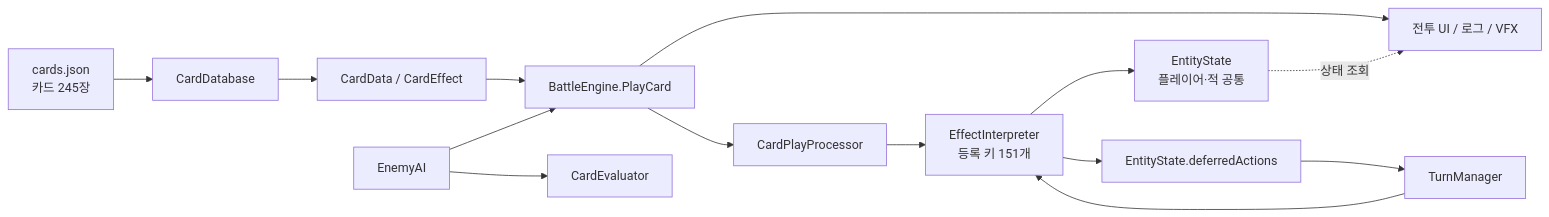
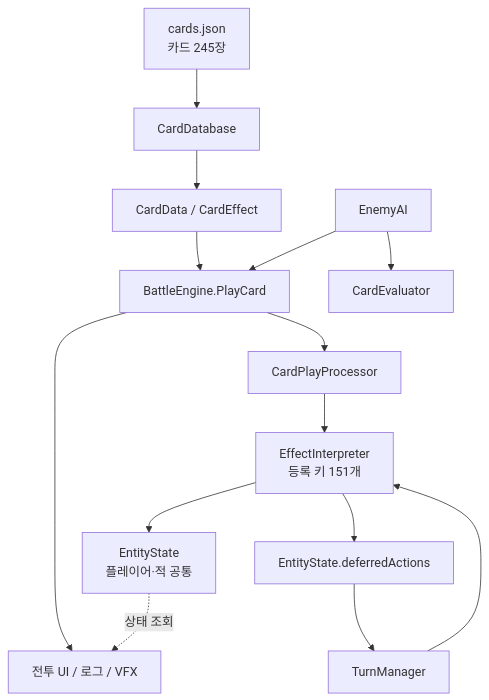
Before and after one commit to HolicKW/syndicate-seoul-battle-system: the diagram in README.md, drawn with Mermaid. The commit also changed other lines of this file, not shown here.

````diff
--- a/README.md
+++ b/README.md
@@ -60,16 +60,16 @@
 ```mermaid
-flowchart LR
+flowchart TB
     JSON["cards.json<br/>카드 245장"] --> DB[CardDatabase]
     DB --> DATA[CardData / CardEffect]
     DATA --> ENGINE[BattleEngine.PlayCard]
     ENGINE --> PLAY[CardPlayProcessor]
     PLAY --> INTERPRETER["EffectInterpreter<br/>등록 키 151개"]
     INTERPRETER --> STATE["EntityState<br/>플레이어·적 공통"]
     INTERPRETER --> DEFERRED[EntityState.deferredActions]
     DEFERRED --> TURN[TurnManager]
     TURN --> INTERPRETER
     AI[EnemyAI] --> EVAL[CardEvaluator]
     AI --> ENGINE
     ENGINE --> UI[전투 UI / 로그 / VFX]
     STATE -. 상태 조회 .-> UI
 ```
````
